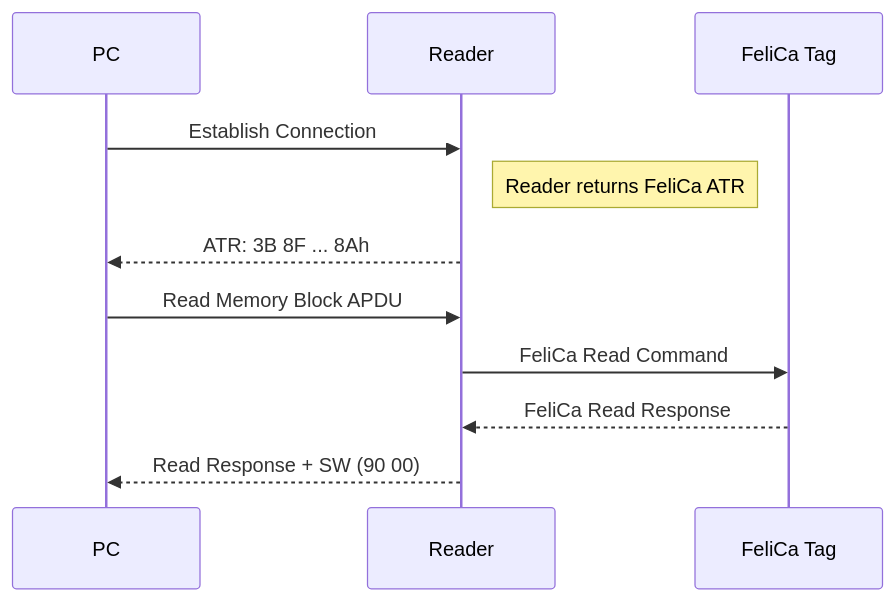
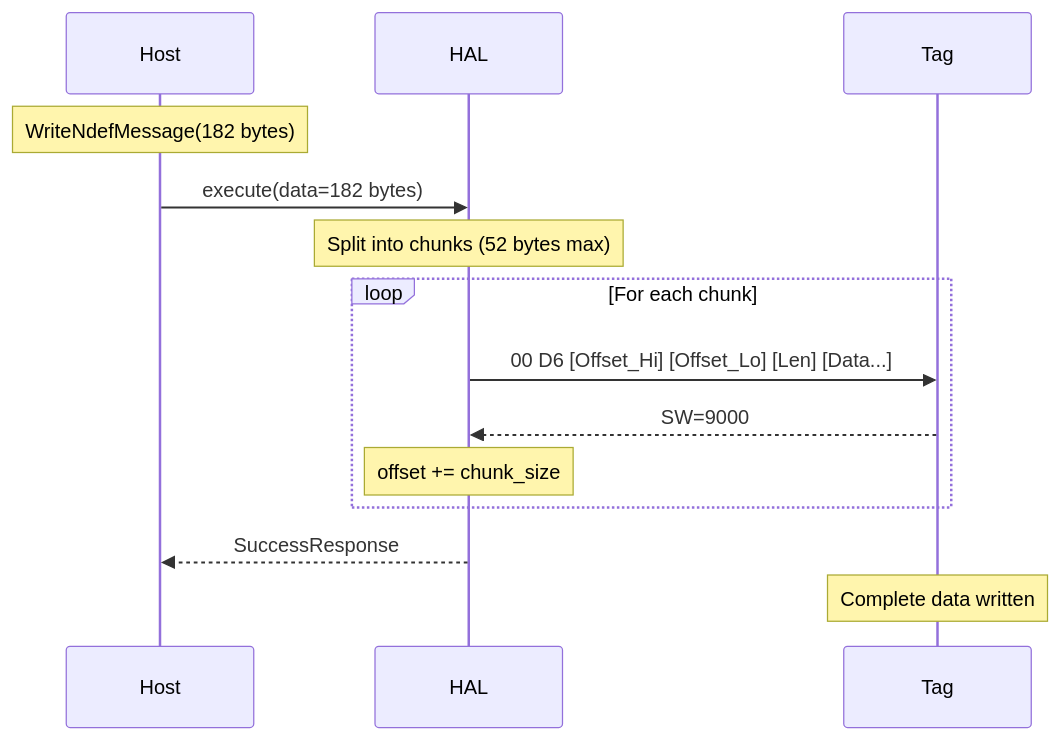
Before and after one commit to drusifer/ntag424_sdm_provisioner: the eighth of 8 diagrams in charts.md, drawn with Mermaid. The commit also changed other lines of this file and 35 other files, not shown here.

````diff
--- a/charts.md
+++ b/charts.md
@@ -352,15 +477,20 @@
 ```mermaid
 sequenceDiagram
-  participant PC
-  participant Reader
-  participant FeliCa Tag
+    participant Host
+    participant HAL
+    participant Tag
 
-  PC->>Reader: Establish Connection
-  note right of Reader: Reader returns FeliCa ATR
-  Reader-->>PC: ATR: 3B 8F ... 8Ah
-
-  PC->>Reader: Read Memory Block APDU
-  Reader->>FeliCa Tag: FeliCa Read Command
-  FeliCa Tag-->>Reader: FeliCa Read Response
-  Reader-->>PC: Read Response + SW (90 00)
+    note over Host: WriteNdefMessage(182 bytes)
+    Host->>HAL: execute(data=182 bytes)
+    
+    note over HAL: Split into chunks (52 bytes max)
+    
+    loop For each chunk
+        HAL->>Tag: 00 D6 [Offset_Hi] [Offset_Lo] [Len] [Data...]
+        Tag-->>HAL: SW=9000
+        note over HAL: offset += chunk_size
+    end
+    
+    HAL-->>Host: SuccessResponse
+    note over Tag: Complete data written
 ```
````
